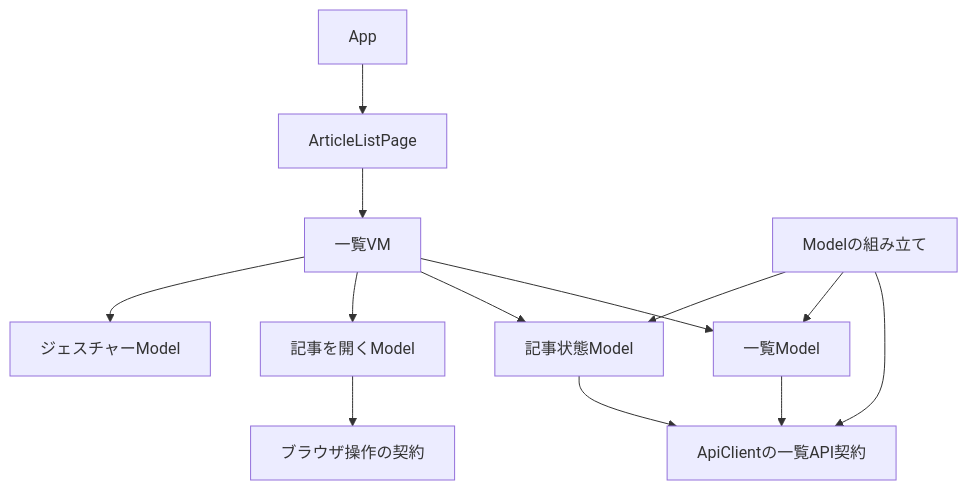
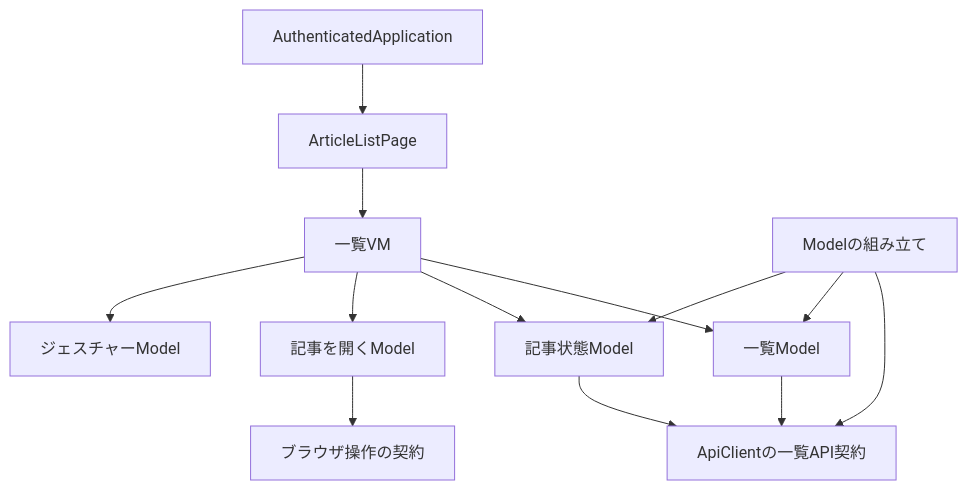
The first of 4 diagrams in docs/frontend-architecture.md (BeppuKanato/it-discovery), drawn with Mermaid before and after one commit. The commit also changed other lines of this file and 15 other files, not shown here.

````diff
--- a/docs/frontend-architecture.md
+++ b/docs/frontend-architecture.md
@@ -26,15 +26,15 @@
 ```mermaid
 flowchart TB
-  App[App] --> Page[ArticleListPage]
+  App[AuthenticatedApplication] --> Page[ArticleListPage]
   Page --> VM[一覧VM]
   VM --> List[一覧Model]
   VM --> State[記事状態Model]
   VM --> Opening[記事を開くModel]
   Opening --> Browser[ブラウザ操作の契約]
   VM --> Gesture[ジェスチャーModel]
   List --> API[ApiClientの一覧API契約]
   State --> API
   Factory[Modelの組み立て] --> API
   Factory --> List
   Factory --> State
 ```
````
